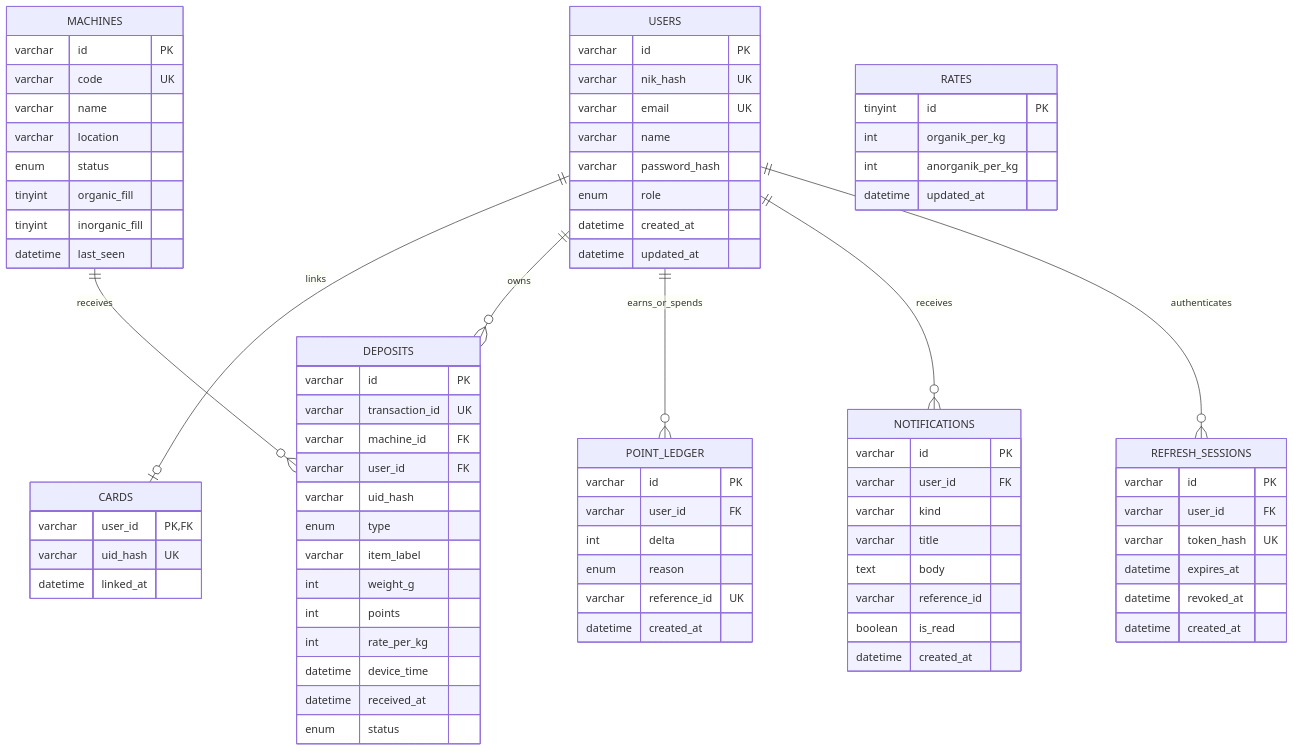
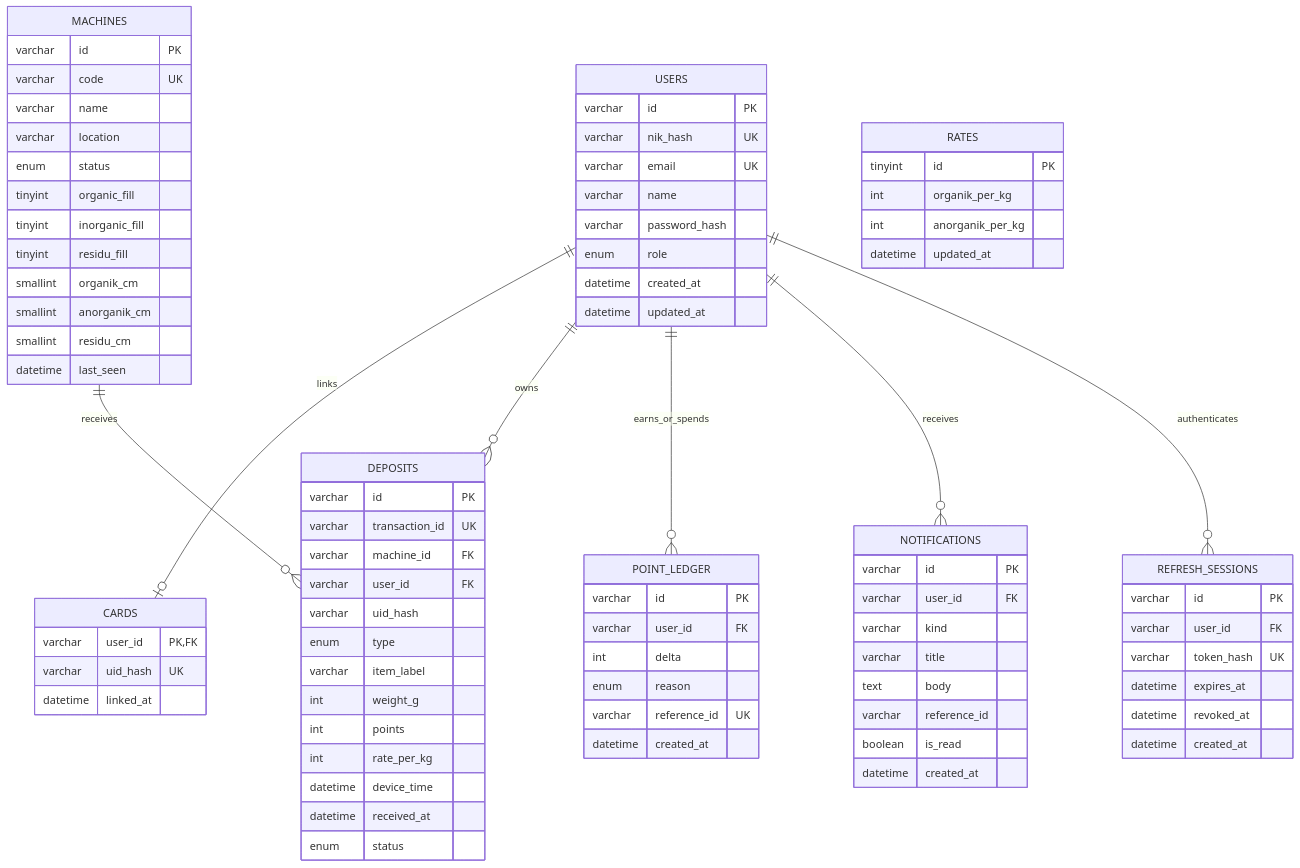
The diagram in backend/docs/erd.mmd (ramadhanjp2/smartbin), drawn with Mermaid before and after one commit. The commit also changed 37 other files, not shown here.

```diff
--- a/backend/docs/erd.mmd
+++ b/backend/docs/erd.mmd
@@ -1,79 +1,83 @@
 erDiagram
     USERS ||--o| CARDS : links
     USERS ||--o{ DEPOSITS : owns
     MACHINES ||--o{ DEPOSITS : receives
     USERS ||--o{ POINT_LEDGER : earns_or_spends
     USERS ||--o{ NOTIFICATIONS : receives
     USERS ||--o{ REFRESH_SESSIONS : authenticates
     RATES {
         tinyint id PK
         int organik_per_kg
         int anorganik_per_kg
         datetime updated_at
     }
     USERS {
         varchar id PK
         varchar nik_hash UK
         varchar email UK
         varchar name
         varchar password_hash
         enum role
         datetime created_at
         datetime updated_at
     }
     CARDS {
         varchar user_id PK, FK
         varchar uid_hash UK
         datetime linked_at
     }
     MACHINES {
         varchar id PK
         varchar code UK
         varchar name
         varchar location
         enum status
         tinyint organic_fill
         tinyint inorganic_fill
+        tinyint residu_fill
+        smallint organik_cm
+        smallint anorganik_cm
+        smallint residu_cm
         datetime last_seen
     }
     DEPOSITS {
         varchar id PK
         varchar transaction_id UK
         varchar machine_id FK
         varchar user_id FK
         varchar uid_hash
         enum type
         varchar item_label
         int weight_g
         int points
         int rate_per_kg
         datetime device_time
         datetime received_at
         enum status
     }
     POINT_LEDGER {
         varchar id PK
         varchar user_id FK
         int delta
         enum reason
         varchar reference_id UK
         datetime created_at
     }
     NOTIFICATIONS {
         varchar id PK
         varchar user_id FK
         varchar kind
         varchar title
         text body
         varchar reference_id
         boolean is_read
         datetime created_at
     }
     REFRESH_SESSIONS {
         varchar id PK
         varchar user_id FK
         varchar token_hash UK
         datetime expires_at
         datetime revoked_at
         datetime created_at
     }
```
